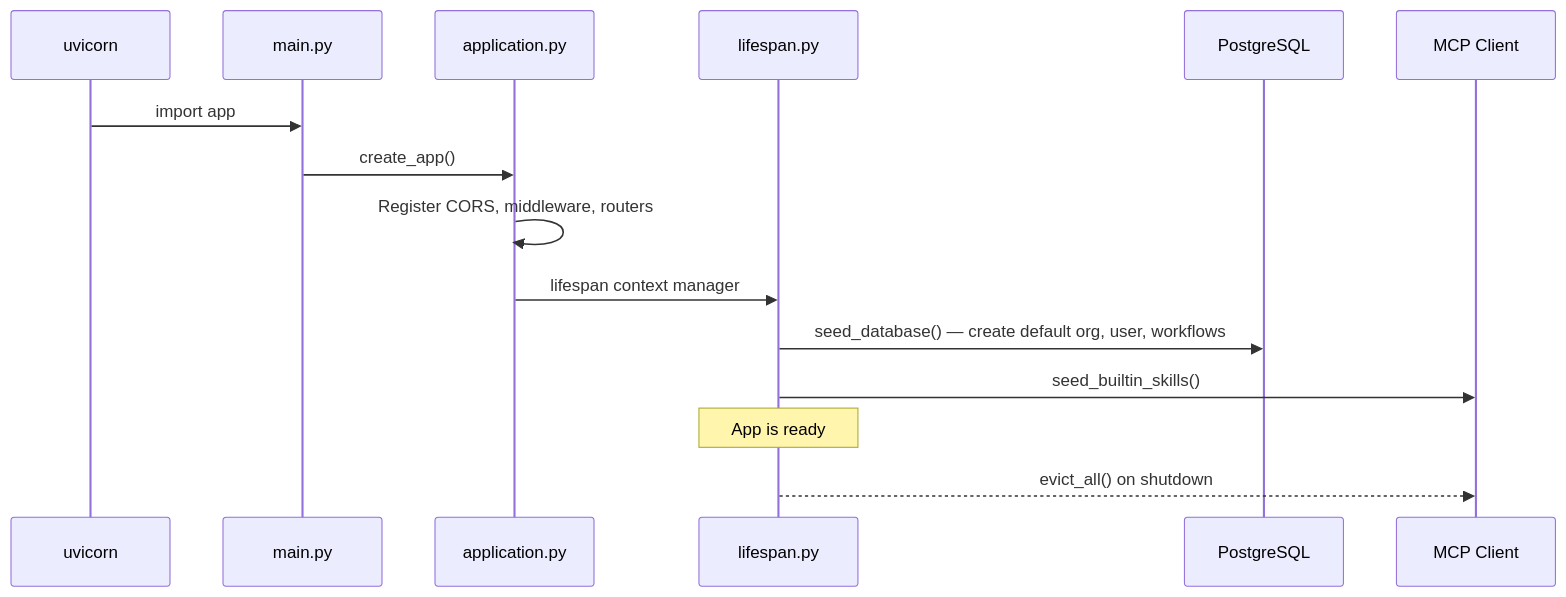
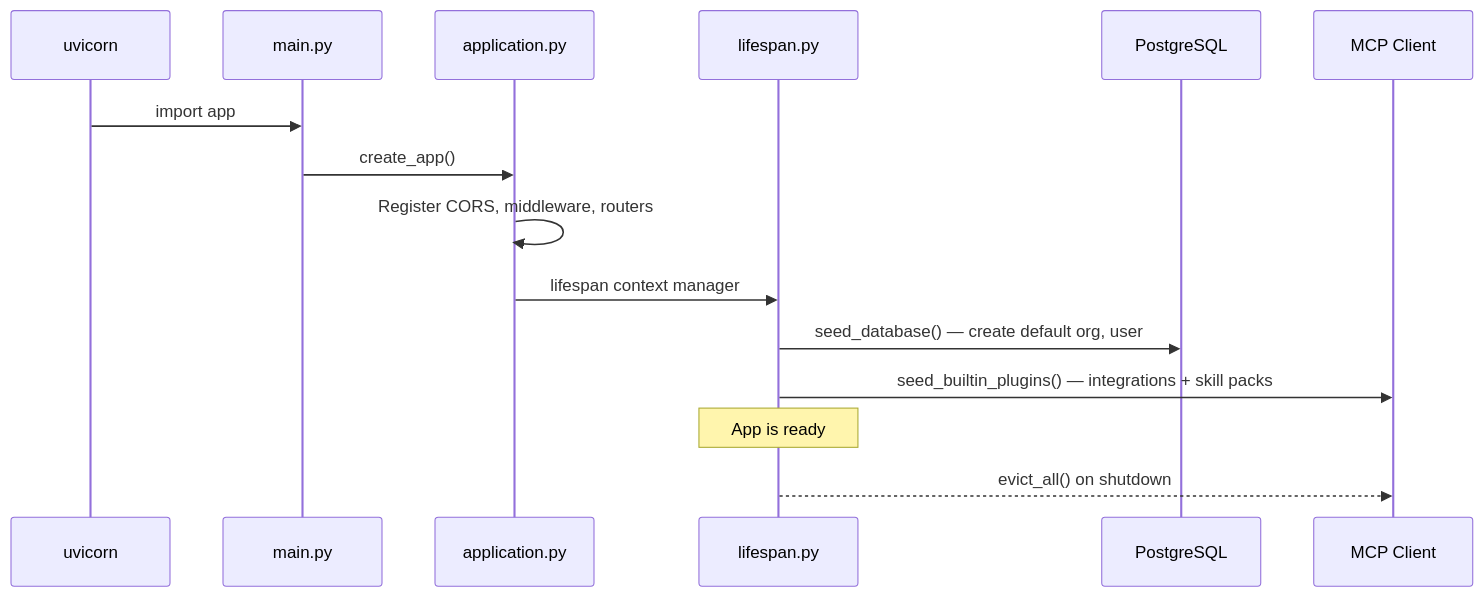
The third of 20 diagrams in docs/ARCHITECTURE.md (GowthamShanmugam/orbit), drawn with Mermaid before and after one commit. The commit also changed other lines of this file and 115 other files, not shown here.

````diff
--- a/docs/ARCHITECTURE.md
+++ b/docs/ARCHITECTURE.md
@@ -180,18 +178,18 @@
 ```mermaid
 sequenceDiagram
     participant U as uvicorn
     participant M as main.py
     participant A as application.py
     participant L as lifespan.py
     participant DB as PostgreSQL
     participant MCP as MCP Client
 
     U->>M: import app
     M->>A: create_app()
     A->>A: Register CORS, middleware, routers
     A->>L: lifespan context manager
-    L->>DB: seed_database() — create default org, user, workflows
-    L->>MCP: seed_builtin_skills()
+    L->>DB: seed_database() — create default org, user
+    L->>MCP: seed_builtin_plugins() — integrations + skill packs
     Note over L: App is ready
     L-->>MCP: evict_all() on shutdown
 ```
````
